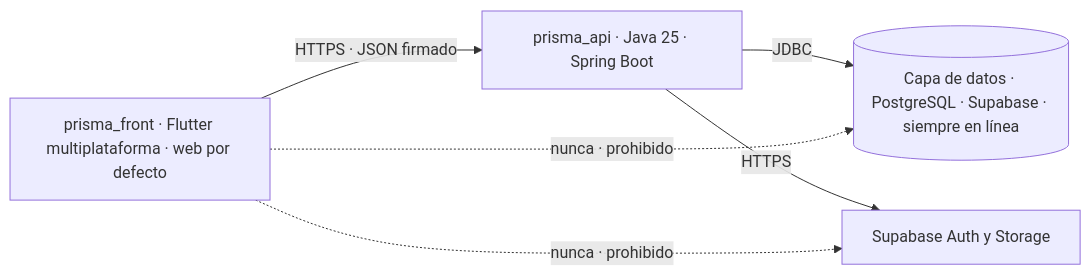
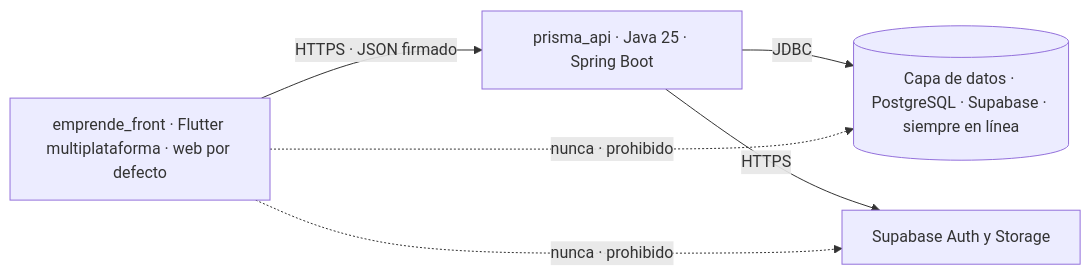
The first of 2 diagrams in docs/07-arquitectura.md (Juanchope039/Emprende-Documentation), drawn with Mermaid before and after one commit. The commit also changed other lines of this file and 82 other files, not shown here.

````diff
--- a/docs/07-arquitectura.md
+++ b/docs/07-arquitectura.md
@@ -42,8 +42,8 @@
 ```mermaid
 graph LR
-    FRONT[prisma_front · Flutter multiplataforma · web por defecto] -->|HTTPS · JSON firmado| API[prisma_api · Java 25 · Spring Boot]
+    FRONT[emprende_front · Flutter multiplataforma · web por defecto] -->|HTTPS · JSON firmado| API[prisma_api · Java 25 · Spring Boot]
     API -->|JDBC| DB[(Capa de datos · PostgreSQL · Supabase · siempre en línea)]
     API -->|HTTPS| AUTH[Supabase Auth y Storage]
     FRONT -. nunca · prohibido .-> DB
     FRONT -. nunca · prohibido .-> AUTH
 ```
````
